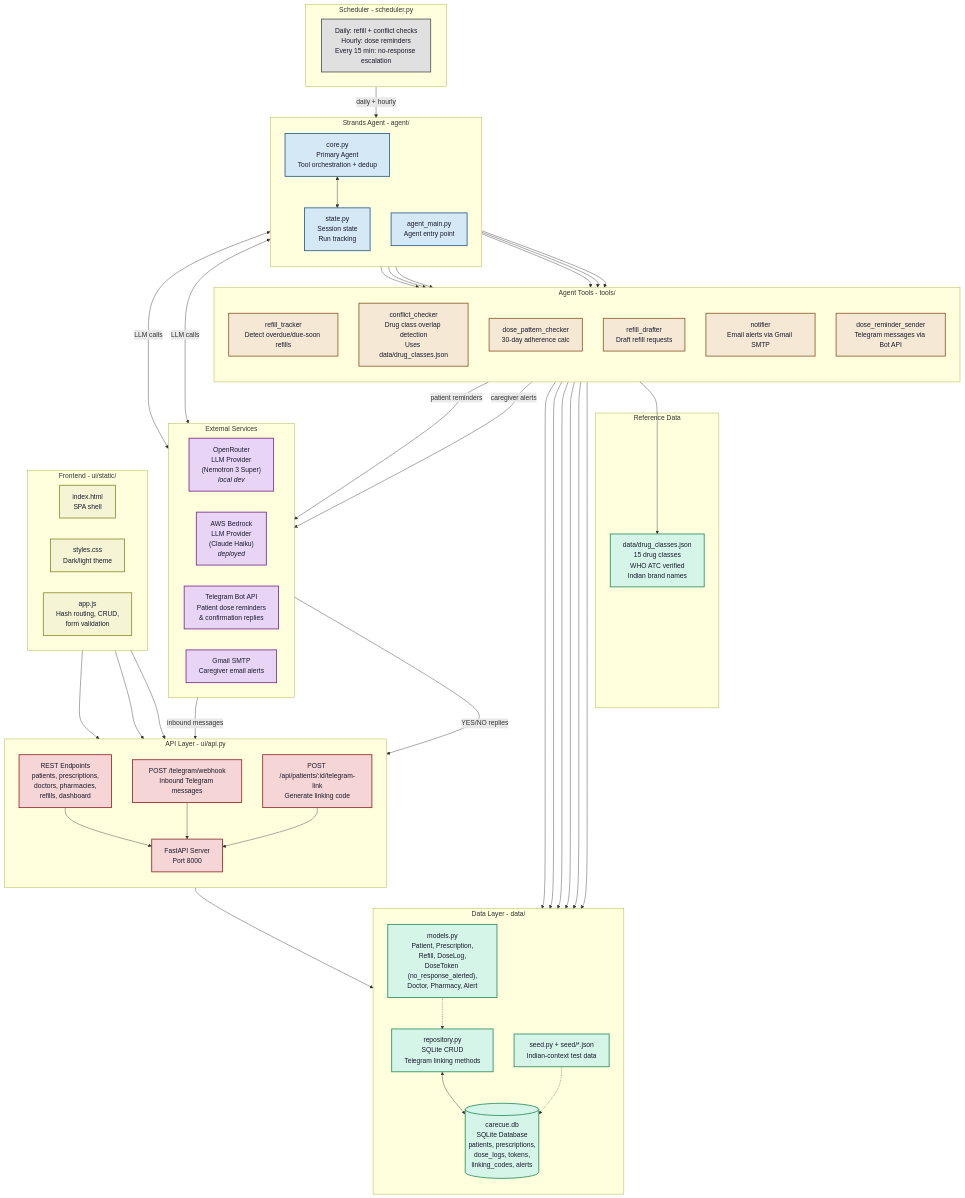
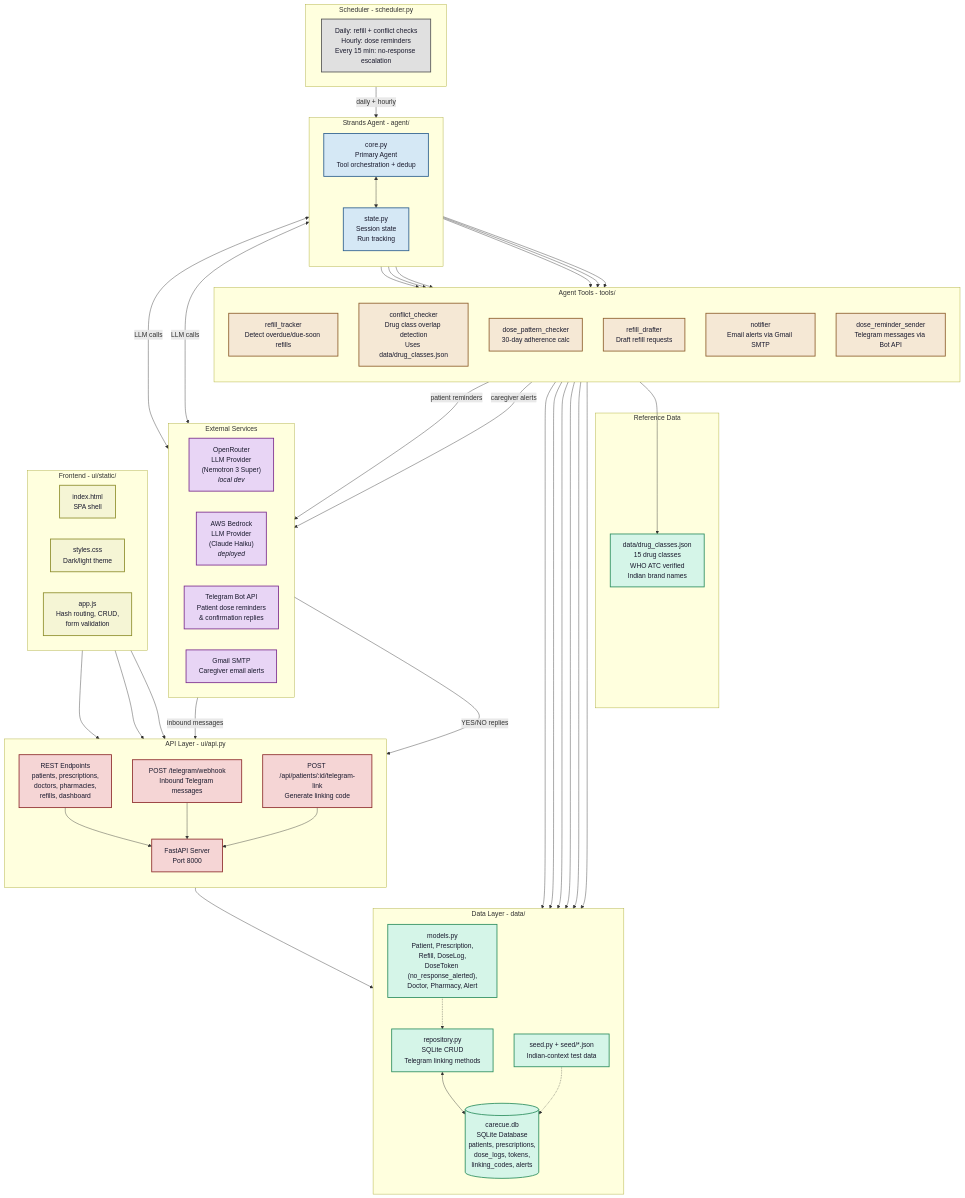
The diagram in docs/architecture.md (Biswajit-17/CareCue-Agent), drawn with Mermaid before and after one commit. The commit also changed 1 other file, not shown here.

Commit message:
Fix architecture diagram: remove non-existent agent_main.py

```diff
--- a/docs/architecture.md
+++ b/docs/architecture.md
@@ -19,7 +19,6 @@
         direction TB
         CORE["core.py<br/>Primary Agent<br/>Tool orchestration + dedup"]
         STATE["state.py<br/>Session state<br/>Run tracking"]
-        AGENT_MAIN["agent_main.py<br/>Agent entry point"]
     end
 
     subgraph Tools["Agent Tools  -  tools/"]
@@ -120,7 +119,7 @@
     classDef scheduler fill:#e0e0e0,stroke:#555,stroke-width:2px,color:#1a1a2e
 
     class OR,BED,TG,GMAIL external
-    class CORE,STATE,AGENT_MAIN agent
+    class CORE,STATE agent
     class T1,T2,T3,T4,T5,T6 tools
     class REPO,DB,MODELS,SEED,DRUGS data
     class FASTAPI,REST,WEBHOOK,LINK api
```
